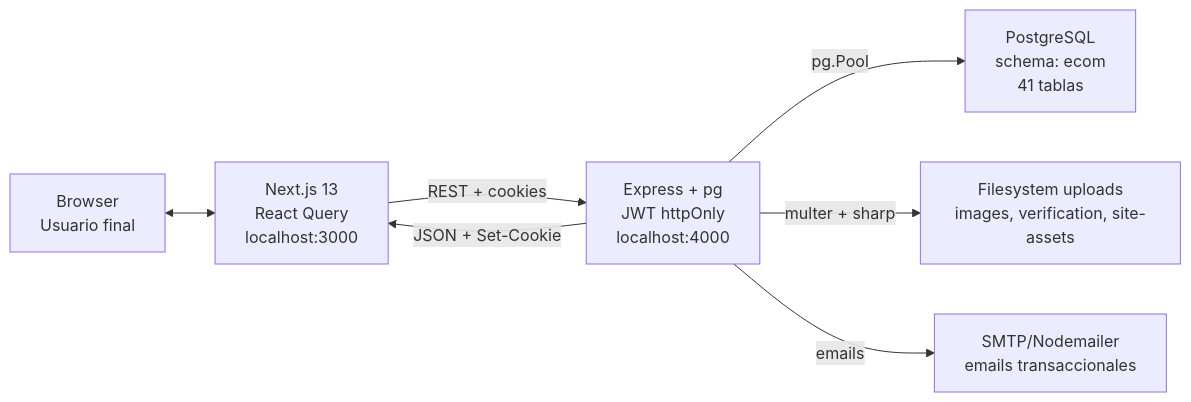
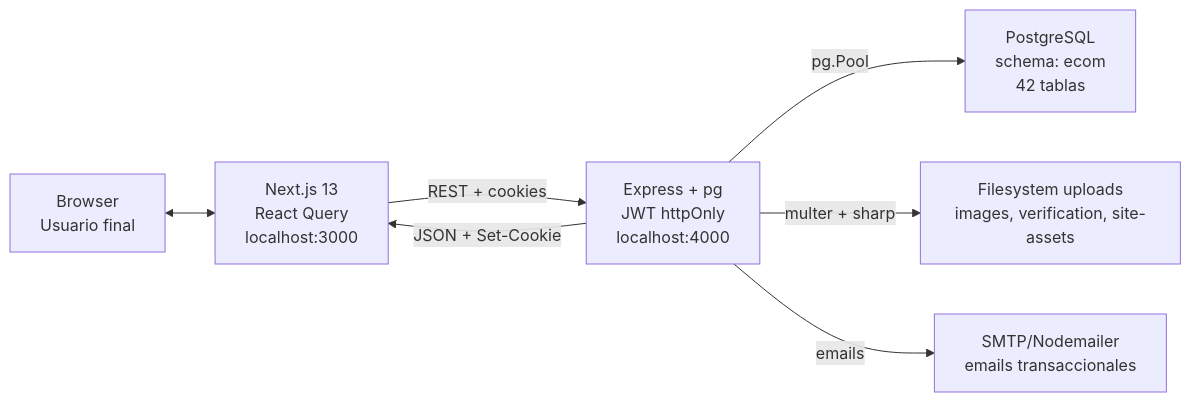
Before and after one commit to joseaurelioporrasbucaro-prog/ecommerceGT-Next: the first of 4 diagrams in docs/ARCHITECTURE.md, drawn with Mermaid. The commit also changed other lines of this file, not shown here.

Commit message:
docs(fase8.3.5): arquitectura con password_reset_tokens
- actualiza conteo de tablas a 42

- agrega password_reset_tokens al grupo de cuenta y auth

ref docs/phases/phase-8.3.5-recovery-tokens.md

````diff
--- a/docs/ARCHITECTURE.md
+++ b/docs/ARCHITECTURE.md
@@ -12,16 +12,16 @@
 ```mermaid
 flowchart LR
   browser["Browser\nUsuario final"]
   next["Next.js 13\nReact Query\nlocalhost:3000"]
   express["Express + pg\nJWT httpOnly\nlocalhost:4000"]
-  pg["PostgreSQL\nschema: ecom\n41 tablas"]
+  pg["PostgreSQL\nschema: ecom\n42 tablas"]
   storage["Filesystem uploads\nimages, verification, site-assets"]
   smtp["SMTP/Nodemailer\nemails transaccionales"]
 
   browser <--> next
   next -- "REST + cookies" --> express
   express -- "JSON + Set-Cookie" --> next
   express -- "pg.Pool" --> pg
   express -- "multer + sharp" --> storage
   express -- "emails" --> smtp
 ```
````
